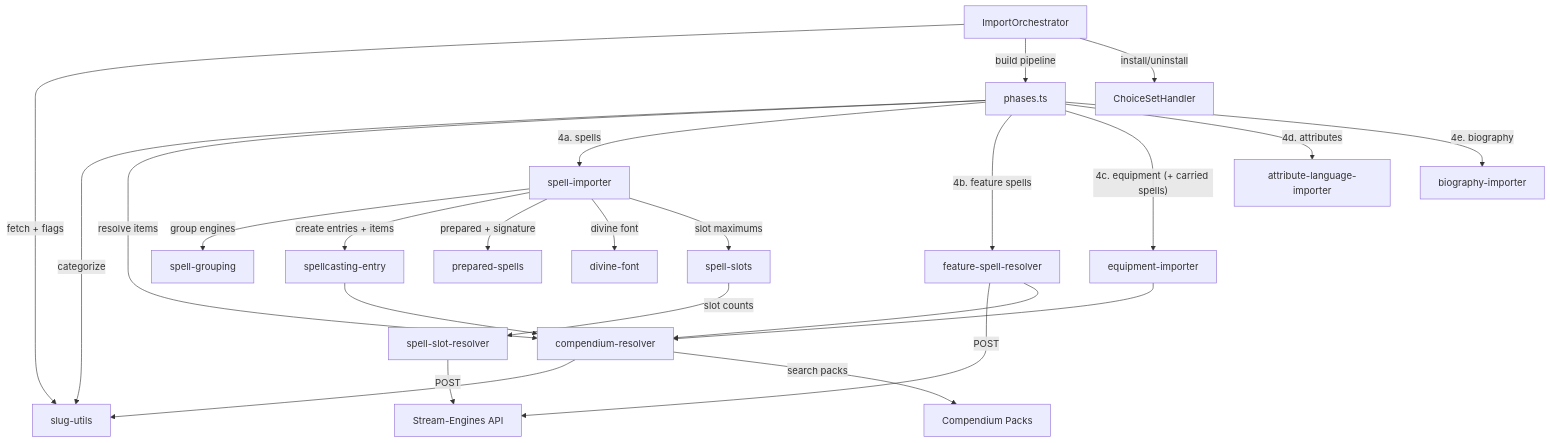
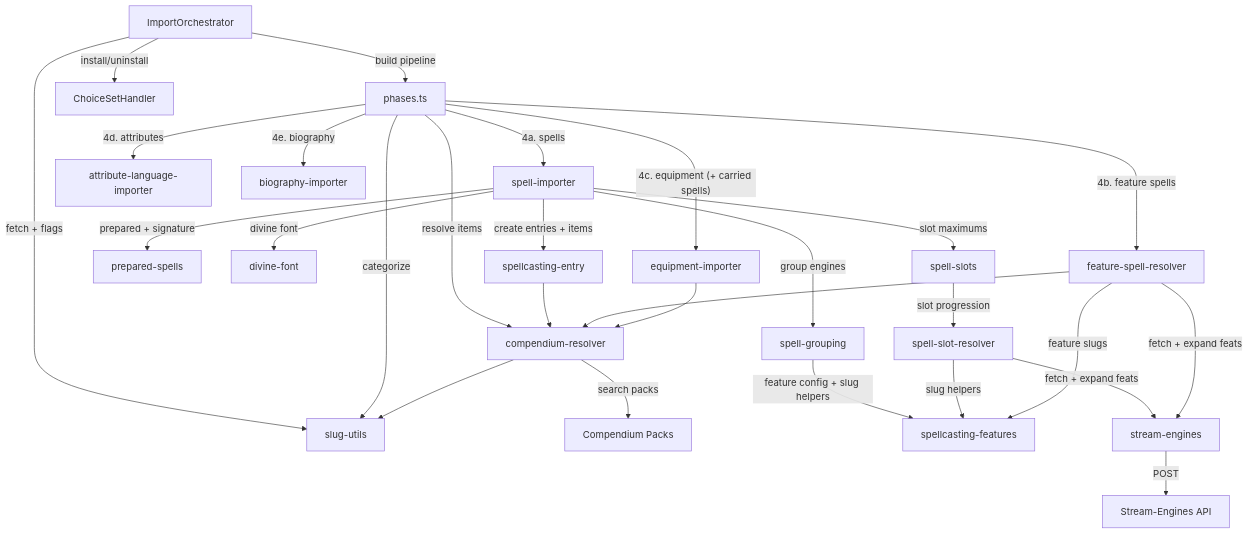
Before and after one commit to scooper4711/demiplane-pf2e: the sixth of 7 diagrams in docs/ARCHITECTURE.md, drawn with Mermaid. The commit also changed other lines of this file and 10 other files, not shown here.

````diff
--- a/docs/ARCHITECTURE.md
+++ b/docs/ARCHITECTURE.md
@@ -575,31 +580,35 @@
 ```mermaid
 graph TD
     IO[ImportOrchestrator] --> |"fetch + flags"| SU[slug-utils]
     IO --> |"build pipeline"| PH[phases.ts]
     IO --> |"install/uninstall"| CSH[ChoiceSetHandler]
 
     PH --> |"categorize"| SU
     PH --> |"resolve items"| CR[compendium-resolver]
     CR --> SU
     CR --> |"search packs"| COMP[Compendium Packs]
 
     PH --> |"4a. spells"| SI[spell-importer]
     SI --> |"group engines"| SG[spell-grouping]
+    SG --> |"feature config + slug helpers"| SCF[spellcasting-features]
     SI --> |"create entries + items"| SCE[spellcasting-entry]
     SI --> |"prepared + signature"| PS[prepared-spells]
     SI --> |"divine font"| DF[divine-font]
     SI --> |"slot maximums"| SL[spell-slots]
-    SL --> |"slot counts"| SSR[spell-slot-resolver]
+    SL --> |"slot progression"| SSR[spell-slot-resolver]
+    SSR --> |"slug helpers"| SCF
+    SSR --> |"fetch + expand feats"| STE[stream-engines]
     SCE --> CR
-    SSR --> |"POST"| SE[Stream-Engines API]
+    STE --> |"POST"| SE[Stream-Engines API]
 
     PH --> |"4b. feature spells"| FSR[feature-spell-resolver]
-    FSR --> |"POST"| SE
+    FSR --> |"fetch + expand feats"| STE
+    FSR --> |"feature slugs"| SCF
     FSR --> CR
 
     PH --> |"4c. equipment (+ carried spells)"| EI[equipment-importer]
     EI --> CR
 
     PH --> |"4d. attributes"| ALI[attribute-language-importer]
     PH --> |"4e. biography"| BI[biography-importer]
 ```
````
